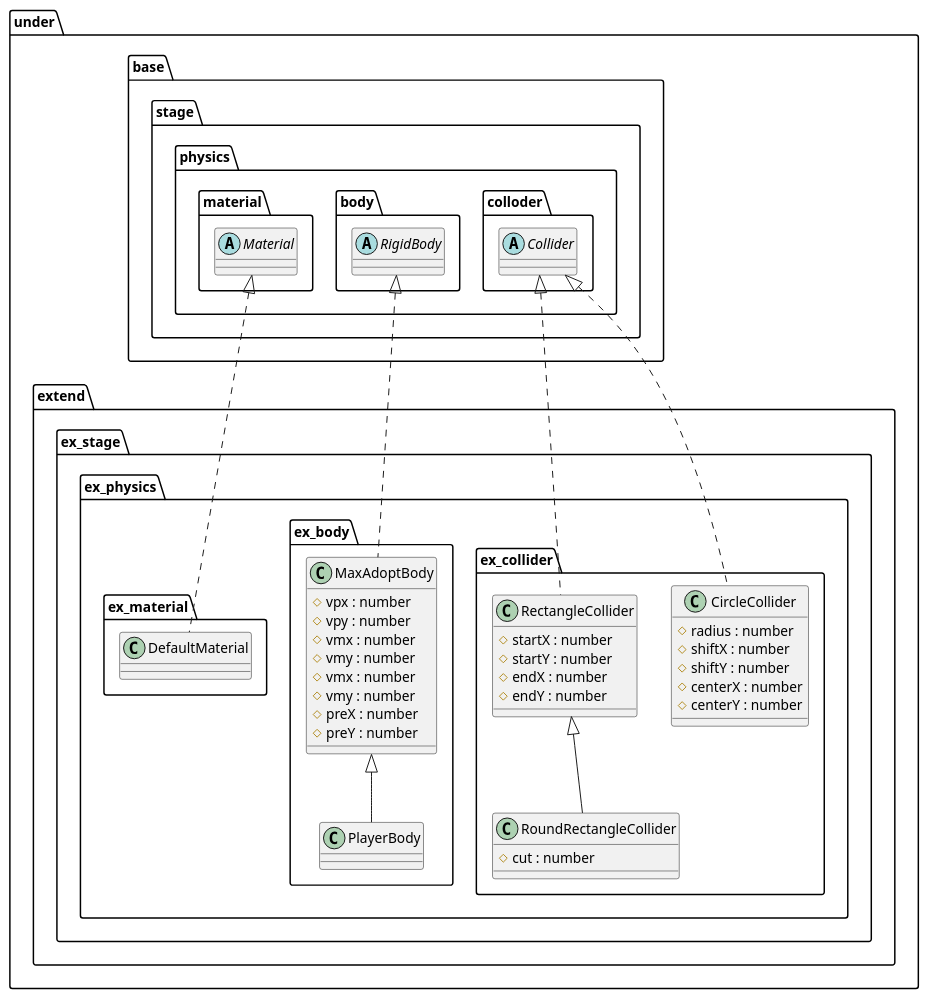
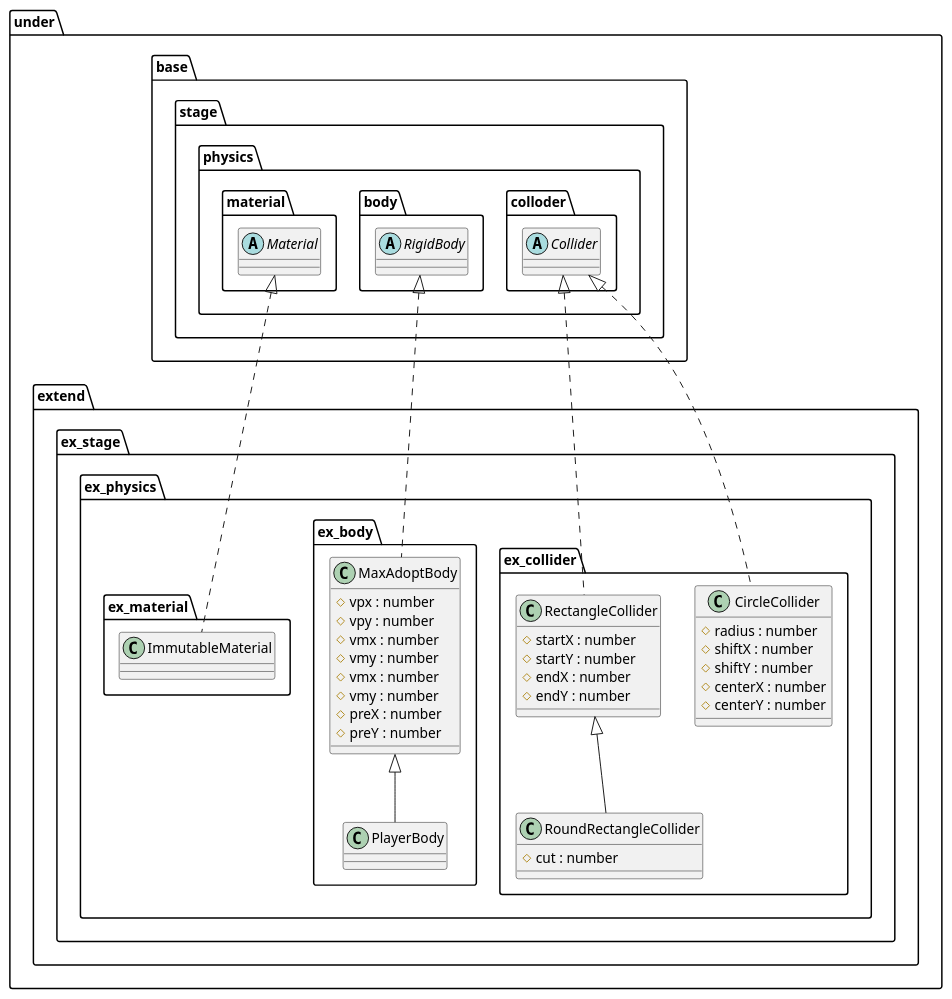
One commit to Expine/Under changed the diagram in uml/entity/physical/Extend.wsd. Above: the diagram before and after it, drawn with PlantUML. The commit also changed 55 other files, not shown here.

```diff
--- a/uml/entity/physical/Extend.wsd
+++ b/uml/entity/physical/Extend.wsd
@@ -1,71 +1,71 @@
 @startuml PhysicalExtend
 
 package under {
     package extend {
         package ex_stage {
             package ex_physics {
                 package ex_collider {
                     class CircleCollider {
                         #radius : number
                         #shiftX : number
                         #shiftY : number
                         #centerX : number
                         #centerY : number
                     }
                     class RectangleCollider {
                         #startX : number
                         #startY : number
                         #endX : number
                         #endY : number
                     }
                     class RoundRectangleCollider {
                         #cut : number
                     }
                 }
                 package ex_body {
                     class MaxAdoptBody {
                         #vpx : number
                         #vpy : number
                         #vmx : number
                         #vmy : number
                         #vmx : number
                         #vmy : number
                         #preX : number
                         #preY : number
                     }
                     class PlayerBody
                 }
                 package ex_material {
-                    class DefaultMaterial
+                    class ImmutableMaterial
                 }
             }
         }
     }
 }
 
 package under {
     package base {
         package stage {
             package physics {
                 package colloder {
                     abstract Collider
                 }
                 package body {
                     abstract RigidBody
                 }
                 package material {
                     abstract Material
                 }
             }
         }
     }
 }
 
 Collider <|.. RectangleCollider
 Collider <|.. CircleCollider
 RectangleCollider <|-- RoundRectangleCollider
 RigidBody <|.. MaxAdoptBody
 MaxAdoptBody <|-- PlayerBody
-Material <|.. DefaultMaterial
+Material <|.. ImmutableMaterial
 
 @enduml
```
